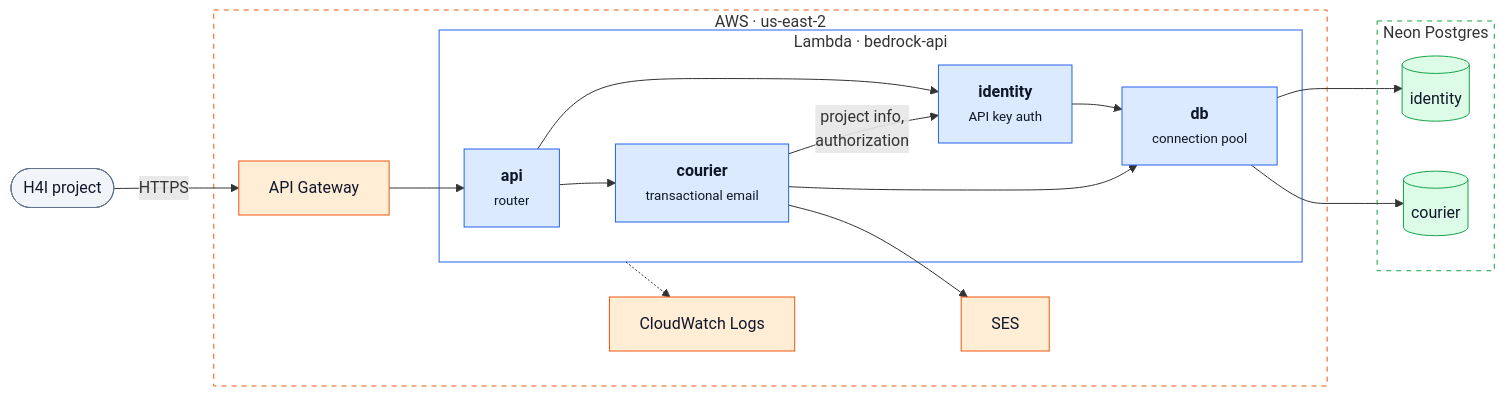
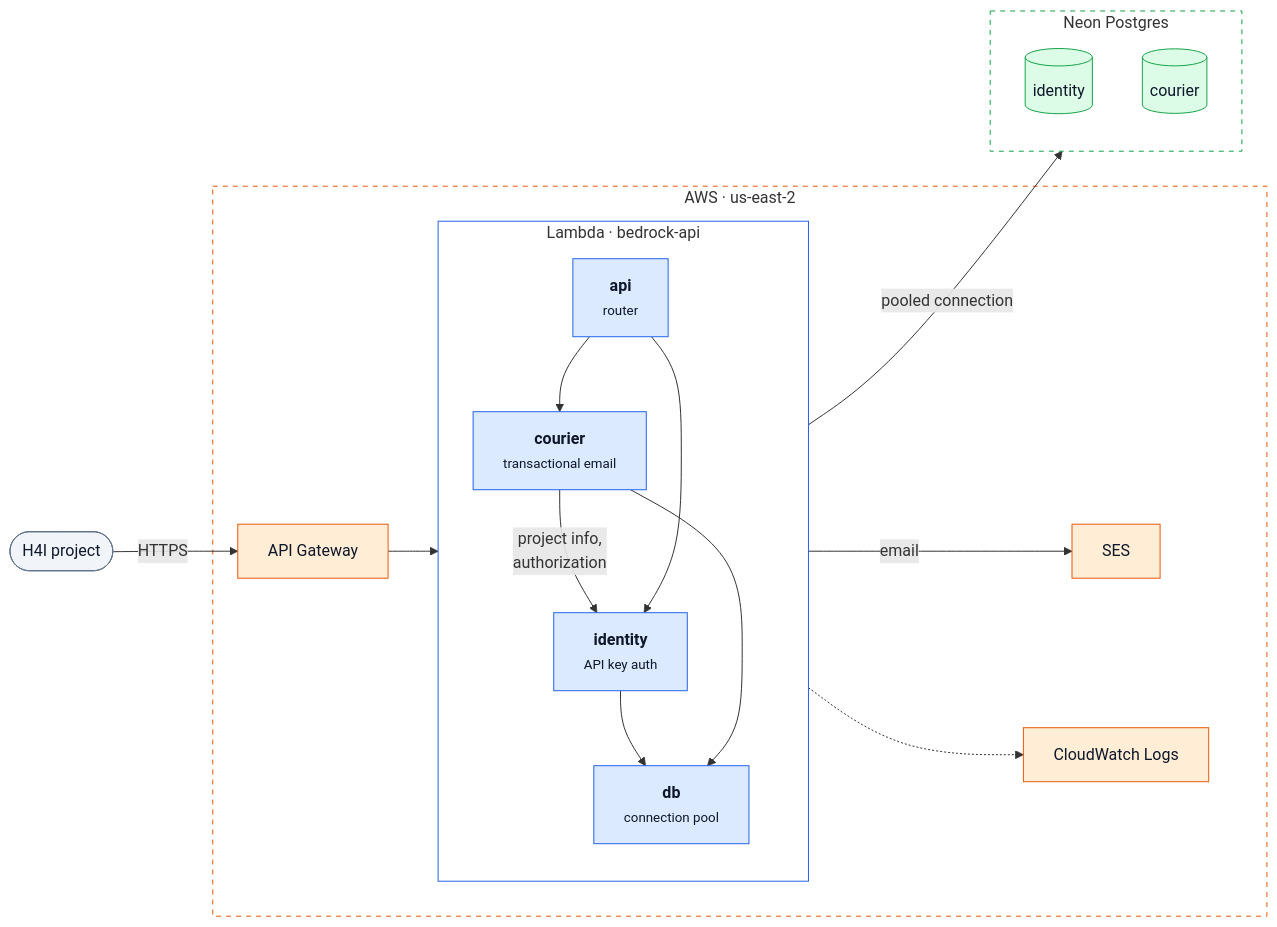
Before and after one commit to Hack4Impact-UMD/bedrock: the diagram in README.md, drawn with Mermaid.

````diff
--- a/README.md
+++ b/README.md
@@ -12,43 +12,46 @@
 ```mermaid
 flowchart LR
     client(["H4I project"])
 
     subgraph aws["AWS · us-east-2"]
         apigw["API Gateway"]
 
         subgraph lambda["Lambda · bedrock-api"]
+            direction TB
             api["<b>api</b><br/><small>router</small>"]
+            courier["<b>courier</b><br/><small>transactional email</small>"]
             identity["<b>identity</b><br/><small>API key auth</small>"]
-            courier["<b>courier</b><br/><small>transactional email</small>"]
             db["<b>db</b><br/><small>connection pool</small>"]
+            api --> courier
+            courier -- "project info,<br/>authorization" --> identity
+            api --> identity
+            identity --> db
+            courier --> db
         end
 
         ses["SES"]
         logs["CloudWatch Logs"]
     end
 
     subgraph neon["Neon Postgres"]
         identity_schema[("identity")]
         courier_schema[("courier")]
     end
 
-    client -- HTTPS --> apigw --> api
-    api --> identity & courier
-    courier -- "project info,<br/>authorization" --> identity
-    identity & courier --> db
-    db --> identity_schema & courier_schema
-    courier --> ses
+    client -- HTTPS --> apigw --> lambda
+    lambda -- "pooled connection" --> neon
+    lambda -- email --> ses
     lambda -.-> logs
 
     classDef crate fill:#dbeafe,stroke:#2563eb,color:#0f172a
     classDef awsSvc fill:#ffedd5,stroke:#ea580c,color:#0f172a
     classDef store fill:#dcfce7,stroke:#16a34a,color:#0f172a
     classDef ext fill:#f1f5f9,stroke:#64748b,color:#0f172a
     class api,identity,courier,db crate
     class apigw,ses,logs awsSvc
     class identity_schema,courier_schema store
     class client ext
     style aws fill:none,stroke:#ea580c,stroke-dasharray:5 5
     style lambda fill:none,stroke:#2563eb
     style neon fill:none,stroke:#16a34a,stroke-dasharray:5 5
 ```
````
